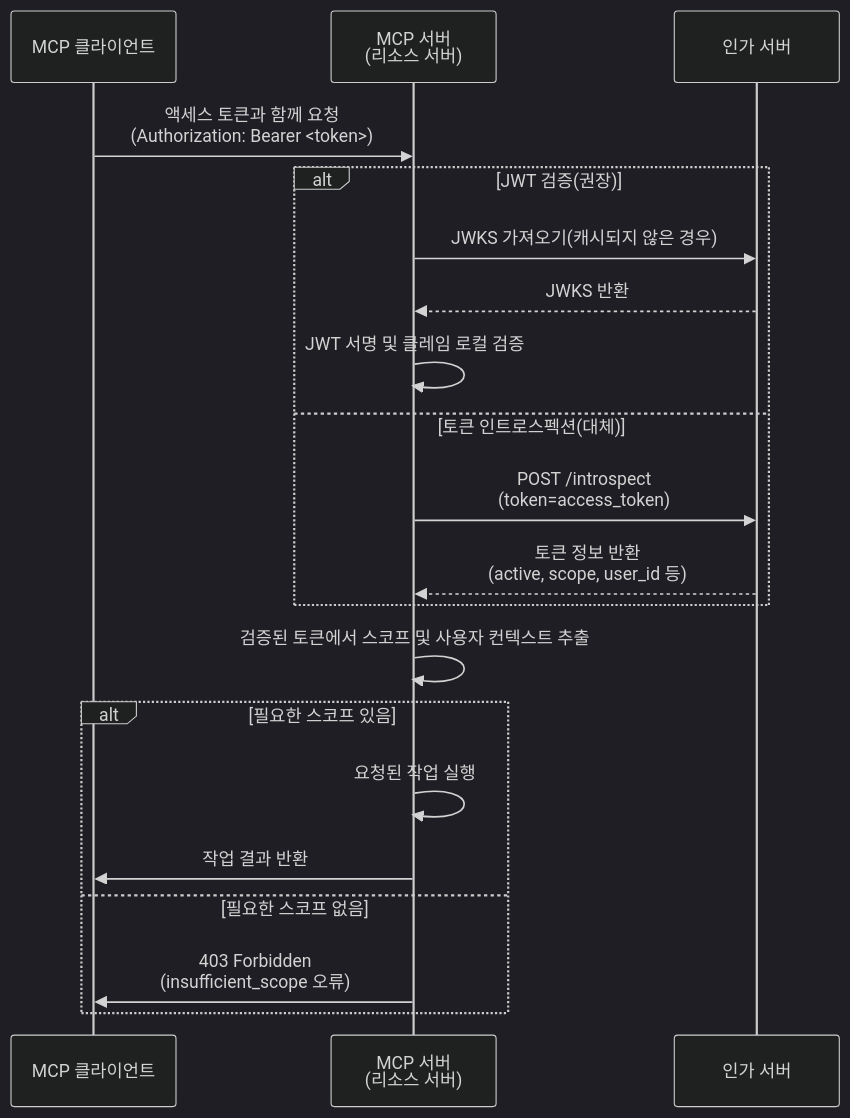
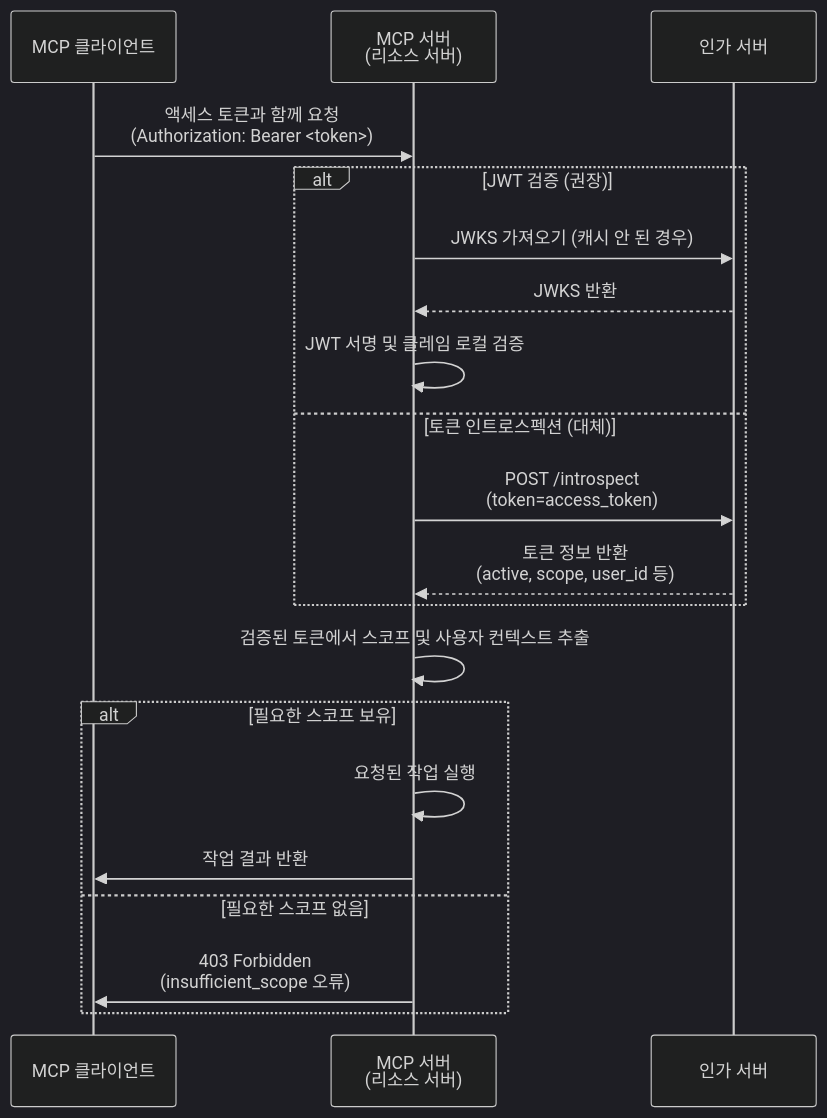
One commit to mcp-auth/docs changed the second of 2 diagrams in i18n/ko/docusaurus-plugin-content-docs/current/tutorials/todo-manager/README.mdx. Above: the diagram before and after it, drawn with Mermaid (dark theme). The commit also changed other lines of this file and 18 other files, not shown here.

````diff
--- a/i18n/ko/docusaurus-plugin-content-docs/current/tutorials/todo-manager/README.mdx
+++ b/i18n/ko/docusaurus-plugin-content-docs/current/tutorials/todo-manager/README.mdx
@@ -134,26 +132,26 @@
 ```mermaid
 sequenceDiagram
     participant Client as MCP 클라이언트
     participant Server as MCP 서버<br/>(리소스 서버)
     participant Auth as 인가 서버
 
     Client->>Server: 액세스 토큰과 함께 요청<br/>(Authorization: Bearer <token>)
 
-    alt JWT 검증(권장)
-        Server->>Auth: JWKS 가져오기(캐시되지 않은 경우)
+    alt JWT 검증 (권장)
+        Server->>Auth: JWKS 가져오기 (캐시 안 된 경우)
         Auth-->>Server: JWKS 반환
         Server->>Server: JWT 서명 및 클레임 로컬 검증
-    else 토큰 인트로스펙션(대체)
+    else 토큰 인트로스펙션 (대체)
         Server->>Auth: POST /introspect<br/>(token=access_token)
         Auth-->>Server: 토큰 정보 반환<br/>(active, scope, user_id 등)
     end
 
     Server->>Server: 검증된 토큰에서 스코프 및 사용자 컨텍스트 추출
 
-    alt 필요한 스코프 있음
+    alt 필요한 스코프 보유
         Server->>Server: 요청된 작업 실행
         Server->>Client: 작업 결과 반환
     else 필요한 스코프 없음
         Server->>Client: 403 Forbidden<br/>(insufficient_scope 오류)
     end
 ```
````
